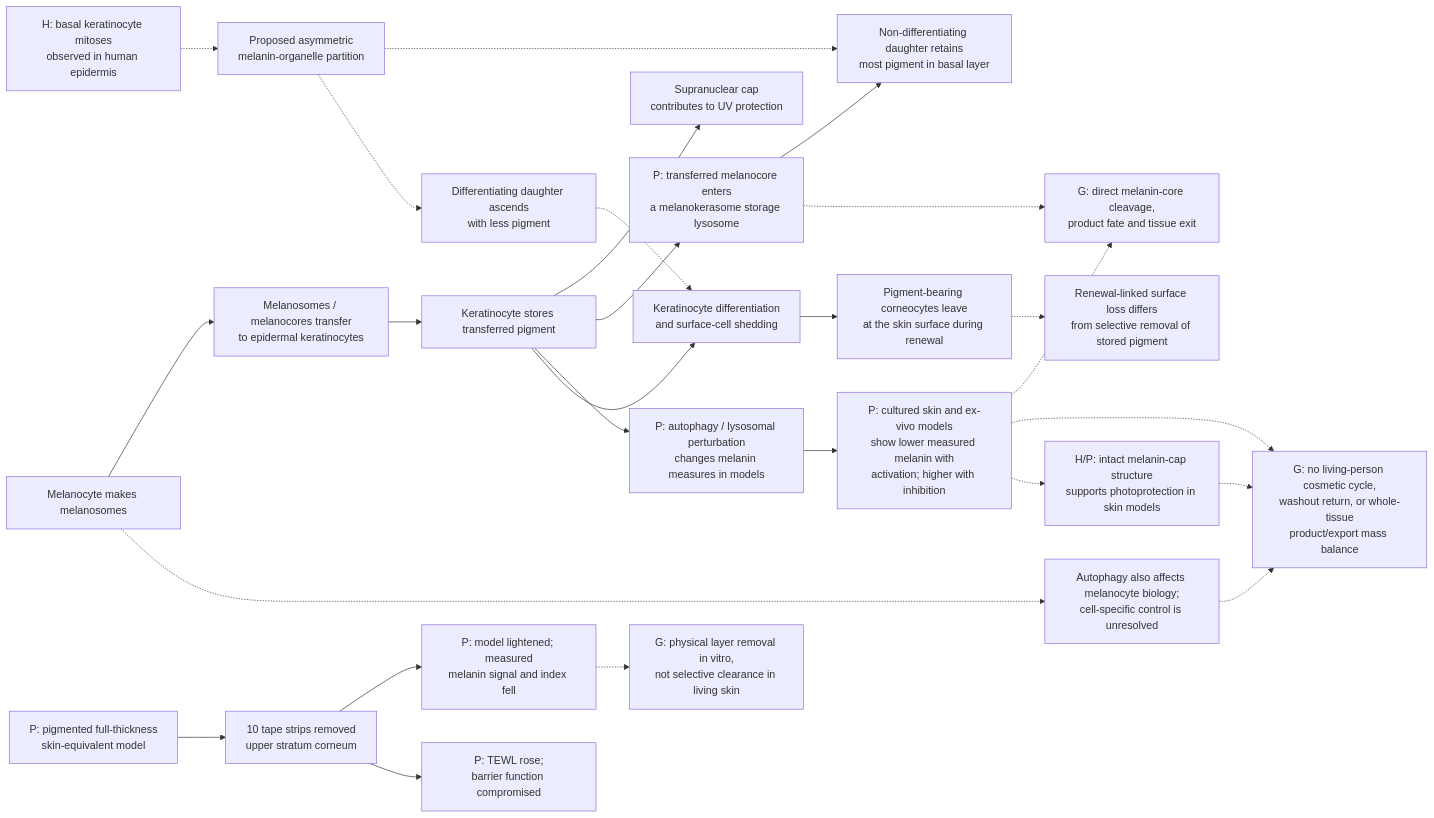
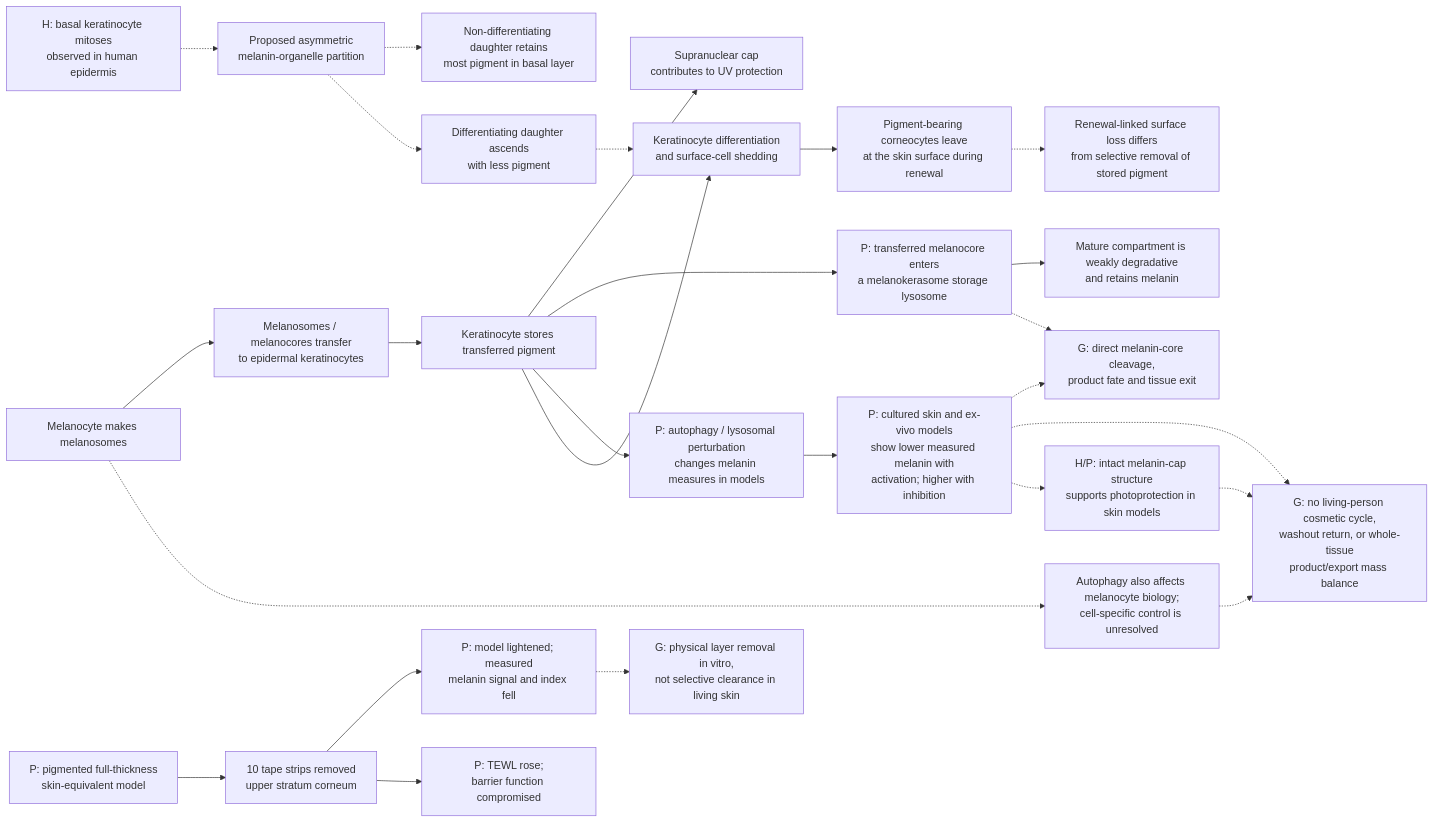
The eighth of 38 diagrams in research/tissue-pigment-atlas.md (dylanstechmann/iris-color-without-contacts), drawn with Mermaid before and after one commit.

Commit message:
Fix duplicate skin diagram node identifier

````diff
--- a/research/tissue-pigment-atlas.md
+++ b/research/tissue-pigment-atlas.md
@@ -236,28 +236,28 @@
 ```mermaid
 flowchart LR
     M["Melanocyte makes melanosomes"] --> T["Melanosomes / melanocores transfer<br/>to epidermal keratinocytes"]
     T --> K["Keratinocyte stores transferred pigment"]
     K --> C["Supranuclear cap<br/>contributes to UV protection"]
     K --> MK["P: transferred melanocore enters<br/>a melanokerasome storage lysosome"]
-    MK --> RETAIN["Mature compartment is weakly degradative<br/>and retains melanin"]
+    MK --> MKSTORE["Mature compartment is weakly degradative<br/>and retains melanin"]
     K --> A["P: autophagy / lysosomal perturbation<br/>changes melanin measures in models"]
     A --> R["P: cultured skin and ex-vivo models<br/>show lower measured melanin with<br/>activation; higher with inhibition"]
     MK -.-> CORE["G: direct melanin-core cleavage,<br/>product fate and tissue exit"]
     R -.-> CORE
     K --> S["Keratinocyte differentiation<br/>and surface-cell shedding"]
     S --> O["Pigment-bearing corneocytes leave<br/>at the skin surface during renewal"]
     BASAL["H: basal keratinocyte mitoses<br/>observed in human epidermis"] -.-> PART["Proposed asymmetric<br/>melanin-organelle partition"]
     PART -.-> RETAIN["Non-differentiating daughter retains<br/>most pigment in basal layer"]
     PART -.-> ASCEND["Differentiating daughter ascends<br/>with less pigment"]
     ASCEND -.-> S
     HSE["P: pigmented full-thickness<br/>skin-equivalent model"] --> STRIP["10 tape strips removed<br/>upper stratum corneum"]
     STRIP --> STRIP_OUT["P: model lightened; measured<br/>melanin signal and index fell"]
     STRIP --> TEWL["P: TEWL rose;<br/>barrier function compromised"]
     STRIP_OUT -.-> STRIP_GAP["G: physical layer removal in vitro,<br/>not selective clearance in living skin"]
     R -.-> F["G: no living-person cosmetic cycle,<br/>washout return, or whole-tissue<br/>product/export mass balance"]
     R -.-> P["H/P: intact melanin-cap structure<br/>supports photoprotection in skin models"]
     P -.-> F
     M -.-> B["Autophagy also affects melanocyte biology;<br/>cell-specific control is unresolved"]
     B -.-> F
     O -.-> X["Renewal-linked surface loss differs<br/>from selective removal of stored pigment"]
 ```
````
